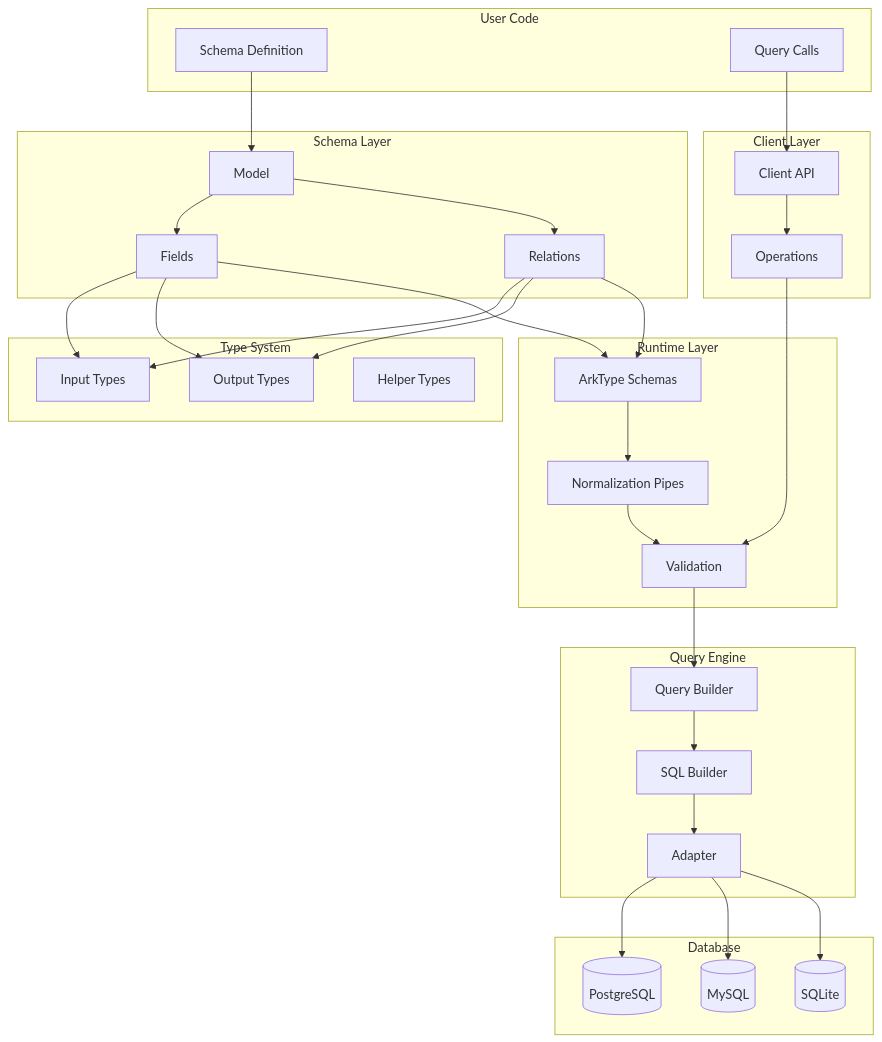
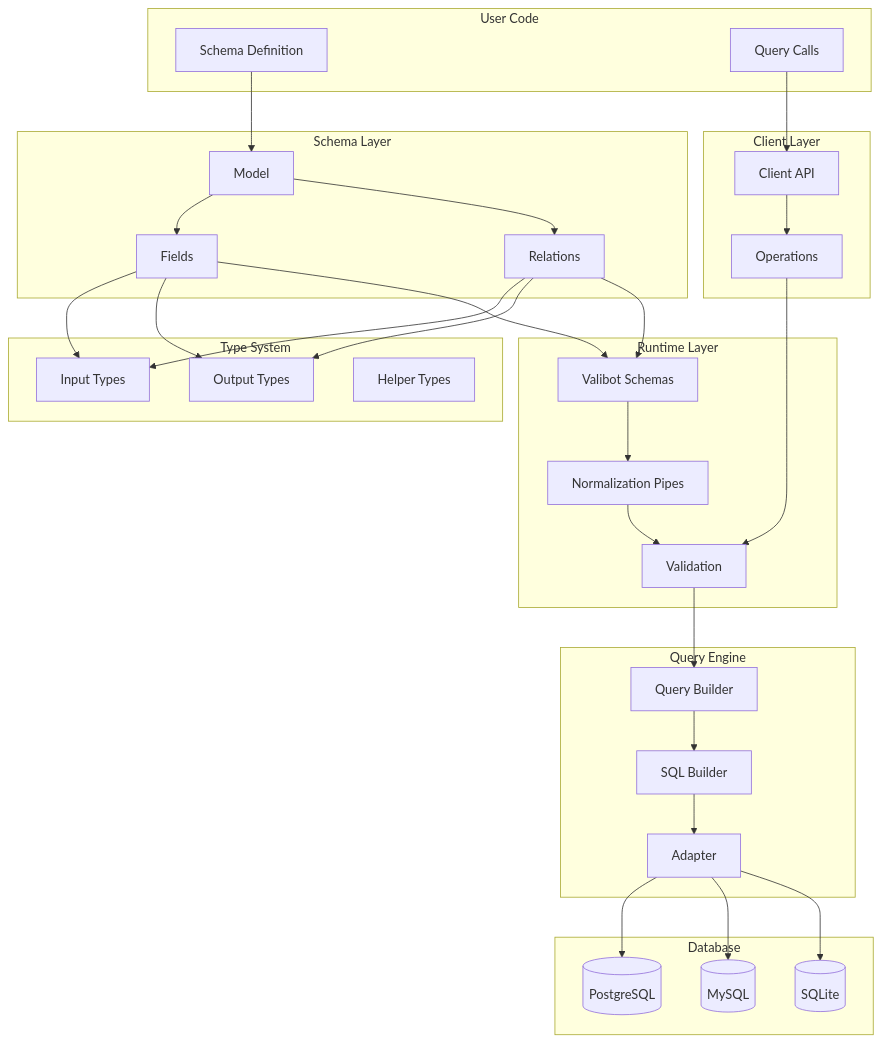
One commit to beynar/viborm changed the first of 8 diagrams in docs/content/docs/internals/architecture.mdx. Above: the diagram before and after it, drawn with Mermaid. The commit also changed other lines of this file and 38 other files, not shown here.

````diff
--- a/docs/content/docs/internals/architecture.mdx
+++ b/docs/content/docs/internals/architecture.mdx
@@ -13,67 +13,67 @@
 ```mermaid
 flowchart TB
     subgraph User["User Code"]
         SD[Schema Definition]
         QC[Query Calls]
     end
 
     subgraph Schema["Schema Layer"]
         M[Model]
         F[Fields]
         R[Relations]
     end
 
     subgraph Types["Type System"]
         IT[Input Types]
         OT[Output Types]
         HT[Helper Types]
     end
 
     subgraph Runtime["Runtime Layer"]
-        AS[ArkType Schemas]
+        VS[Valibot Schemas]
         NP[Normalization Pipes]
         V[Validation]
     end
 
     subgraph Client["Client Layer"]
         CL[Client API]
         OP[Operations]
     end
 
     subgraph Engine["Query Engine"]
         QB[Query Builder]
         SB[SQL Builder]
         AD[Adapter]
     end
 
     subgraph DB["Database"]
         PG[(PostgreSQL)]
         MY[(MySQL)]
         SL[(SQLite)]
     end
 
     SD --> M
     M --> F
     M --> R
-    
+
     F --> IT
     F --> OT
     R --> IT
     R --> OT
-    
-    F --> AS
-    R --> AS
-    AS --> NP
+
+    F --> VS
+    R --> VS
+    VS --> NP
     NP --> V
-    
+
     QC --> CL
     CL --> OP
     OP --> V
     V --> QB
     QB --> SB
     SB --> AD
-    
+
     AD --> PG
     AD --> MY
     AD --> SL
 ```
````
